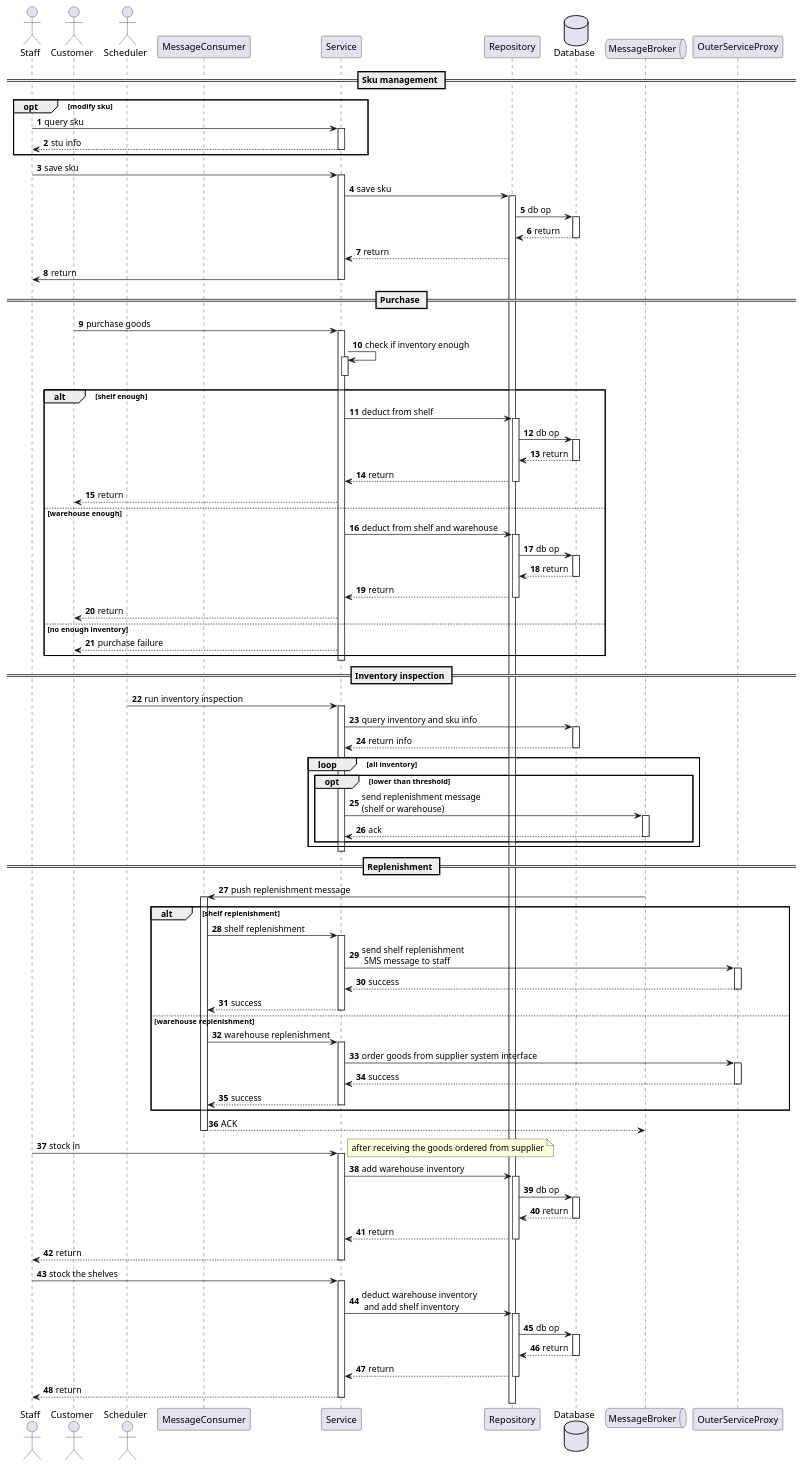
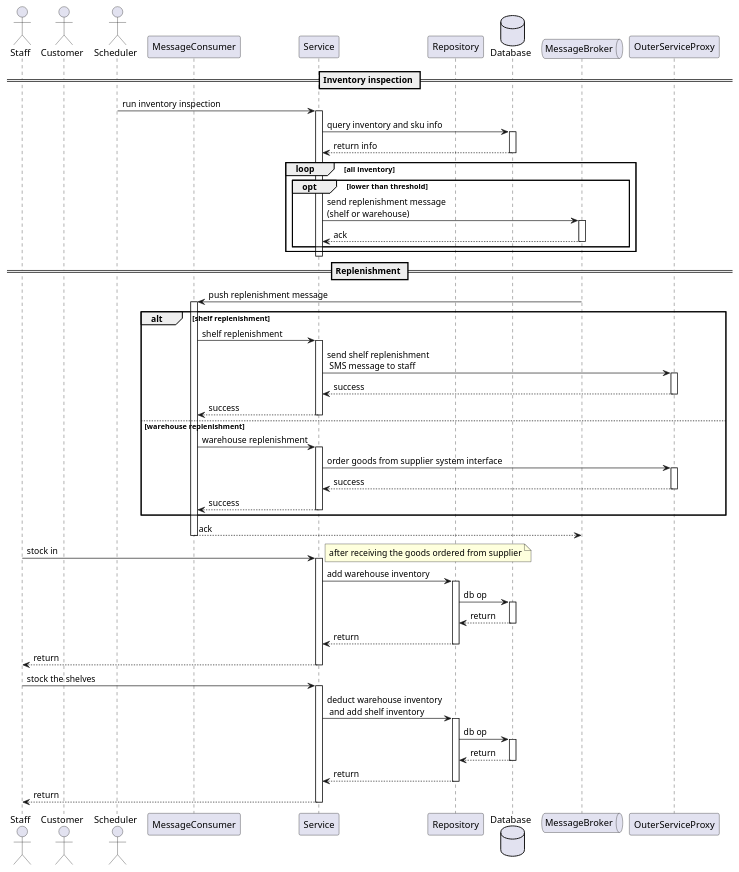
The second of 2 diagrams in uml/3. sequence.puml (Jeromefromcn/JavaFinalProject8020), drawn with PlantUML before and after one commit. The commit also changed 47 other files, not shown here.

Commit message:
sku management

```diff
--- a/uml/3. sequence.puml
+++ b/uml/3. sequence.puml
@@ -1,140 +97,85 @@
 @startuml
-'https://plantuml.com/sequence-diagram
-
-autonumber
 
 actor "Staff" as staff
 actor "Customer" as cus
 actor "Scheduler" as sch
 participant "MessageConsumer" as mc
 participant Service as ser
 participant Repository as rep
 database Database as db
-queue MessageBroker as ms
+queue MessageBroker as mb
 participant OuterServiceProxy as proxy
-
-== Sku management ==
-opt modify sku
-    staff -> ser: query sku
-    activate ser
-    ser --> staff: stu info
-    deactivate
-end
-
-staff -> ser: save sku
-activate ser
-    ser -> rep: save sku
-    activate rep
-        rep -> db: db op
-        activate db
-        db --> rep: return
-        deactivate db
-    rep --> ser: return
-ser -> staff: return
-deactivate ser
-
-== Purchase ==
-
-cus -> ser: purchase goods
-activate ser
-ser -> ser: check if inventory enough
-    activate ser
-    deactivate ser
-alt shelf enough
-    ser -> rep: deduct from shelf
-    activate rep
-        rep -> db: db op
-        activate db
-        db --> rep: return
-        deactivate db
-    rep --> ser: return
-    deactivate rep
-    ser --> cus: return
-else warehouse enough
-    ser -> rep: deduct from shelf and warehouse
-    activate rep
-        rep -> db: db op
-        activate db
-        db --> rep: return
-        deactivate db
-    rep --> ser: return
-    deactivate rep
-    ser --> cus: return
-else no enough inventory
-    ser --> cus: purchase failure
-end
-deactivate ser
 
 == Inventory inspection ==
 
 sch -> ser: run inventory inspection
 activate ser
     ser -> db: query inventory and sku info
     activate db
     db --> ser: return info
     deactivate db
     loop all inventory
         opt lower than threshold
-            ser -> ms: send replenishment message\n(shelf or warehouse)
-            activate ms
-            ms --> ser: ack
-            deactivate ms
+            ser -> mb: send replenishment message\n(shelf or warehouse)
+            activate mb
+            mb --> ser: ack
+            deactivate mb
         end
     end
     deactivate ser
 
 == Replenishment ==
 
-ms -> mc: push replenishment message
+mb -> mc: push replenishment message
 activate mc
     alt shelf replenishment
         mc -> ser: shelf replenishment
         activate ser
             ser -> proxy: send shelf replenishment \n SMS message to staff
             activate proxy
             proxy --> ser: success
             deactivate proxy
         ser --> mc: success
         deactivate ser
     else warehouse replenishment
         mc -> ser: warehouse replenishment
         activate ser
             ser -> proxy: order goods from supplier system interface
             activate proxy
             proxy --> ser: success
             deactivate proxy
         ser --> mc: success
         deactivate ser
     end
-mc --> ms: ACK
+mc --> mb: ack
 deactivate mc
 
 staff -> ser: stock in
 note right
 after receiving the goods ordered from supplier
 end note
 activate ser
     ser -> rep: add warehouse inventory
     activate rep
         rep -> db: db op
         activate db
         db --> rep: return
         deactivate db
     rep --> ser: return
     deactivate rep
 ser --> staff: return
 deactivate ser
 
 staff -> ser: stock the shelves
 activate ser
     ser -> rep: deduct warehouse inventory \n and add shelf inventory
     activate rep
         rep -> db: db op
         activate db
         db --> rep: return
         deactivate db
     rep --> ser: return
     deactivate rep
 ser --> staff: return
 deactivate ser
 @enduml
```
